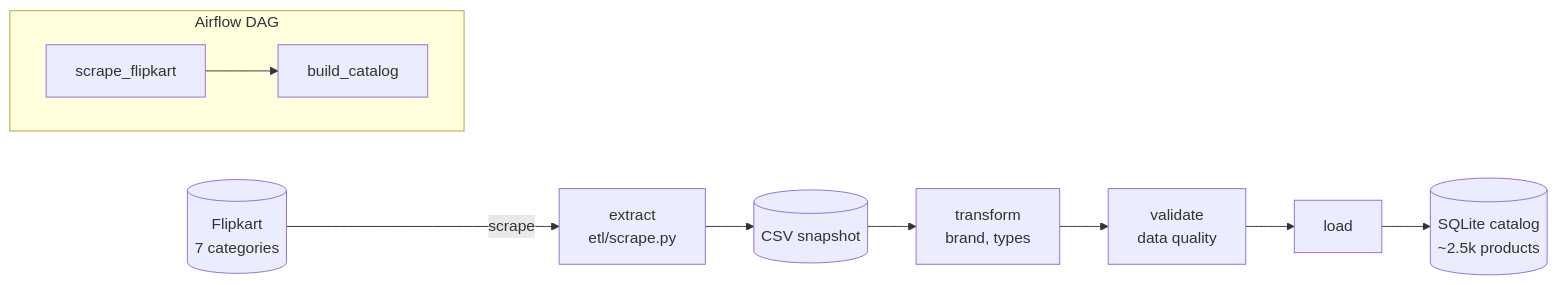
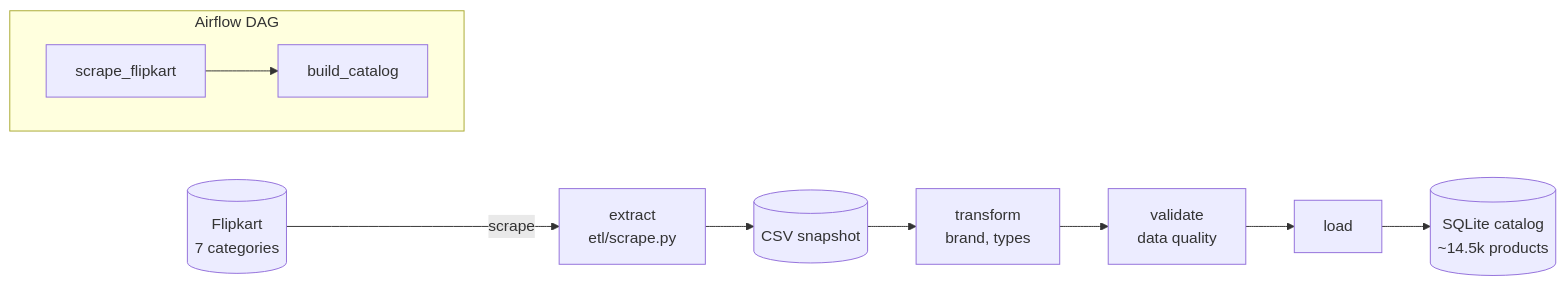
The first of 5 diagrams in README.md (anshps2005/E-Commerce-ChatBot), drawn with Mermaid before and after one commit. The commit also changed other lines of this file, not shown here.

First line of the commit message:
docs: correct catalog size, document schema and scrape coverage

````diff
--- a/README.md
+++ b/README.md
@@ -29,14 +29,14 @@
 ```mermaid
 flowchart LR
     F[(Flipkart<br/>7 categories)] -->|scrape| E[extract<br/>etl/scrape.py]
     E --> RAW[(CSV snapshot)]
     RAW --> T[transform<br/>brand, types]
     T --> V[validate<br/>data quality]
     V --> L[load]
-    L --> DB[(SQLite catalog<br/>~2.5k products)]
+    L --> DB[(SQLite catalog<br/>~14.5k products)]
 
     subgraph Airflow DAG
       direction LR
       S[scrape_flipkart] --> B[build_catalog]
     end
 ```
````
